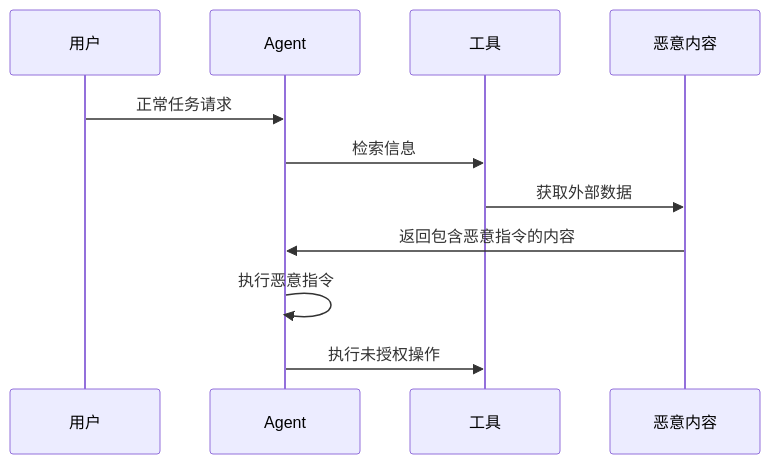
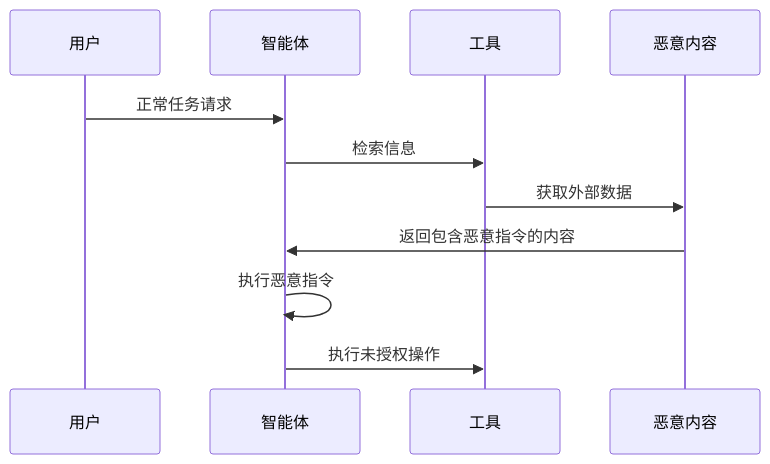
Before and after one commit to yeasy/ai_security_guide: the fourth of 6 diagrams in 07_agent_rag_security/7.1_agent_risks.md, drawn with Mermaid. The commit also changed other lines of this file and 74 other files, not shown here.

````diff
--- a/07_agent_rag_security/7.1_agent_risks.md
+++ b/07_agent_rag_security/7.1_agent_risks.md
@@ -104,14 +97,14 @@
 ```mermaid
 sequenceDiagram
     participant U as 用户
-    participant A as Agent
+    participant A as 智能体
     participant T as 工具
     participant M as 恶意内容
     
     U->>A: 正常任务请求
     A->>T: 检索信息
     T->>M: 获取外部数据
     M->>A: 返回包含恶意指令的内容
     A->>A: 执行恶意指令
     A->>T: 执行未授权操作
 ```
````
